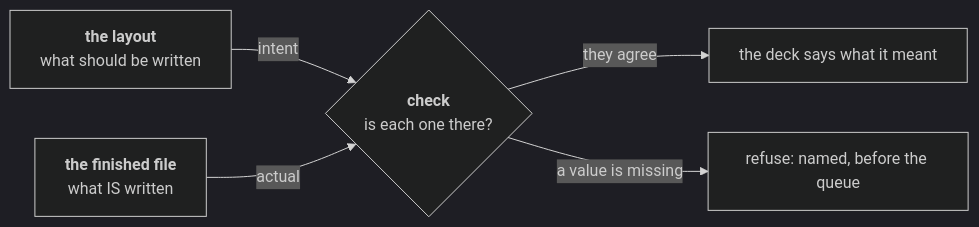
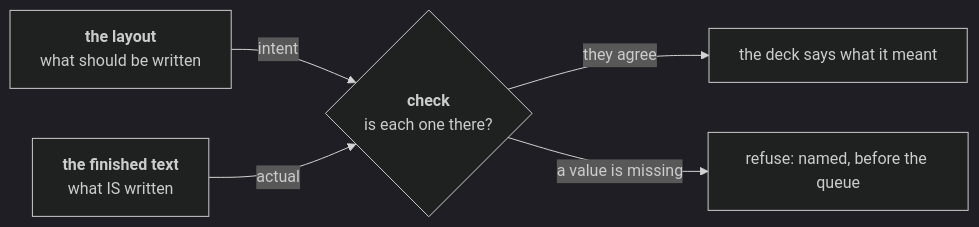
The third of 5 diagrams in docs/execution/script-preparation.md (Qing-LAB/molbuilder), drawn with Mermaid (dark theme) before and after one commit. The commit also changed other lines of this file and 30 other files, not shown here.

````diff
--- a/docs/execution/script-preparation.md
+++ b/docs/execution/script-preparation.md
@@ -688,7 +651,7 @@
 ```mermaid
 flowchart LR
     L["<b>the layout</b><br/>what should be written"] -->|intent| K{"<b>check</b><br/>is each one there?"}
-    D["<b>the finished file</b><br/>what IS written"] -->|actual| K
+    D["<b>the finished text</b><br/>what IS written"] -->|actual| K
     K -->|"they agree"| OK["the deck says what it meant"]
     K -->|"a value is missing"| BAD["refuse: named, before the queue"]
 ```
````
